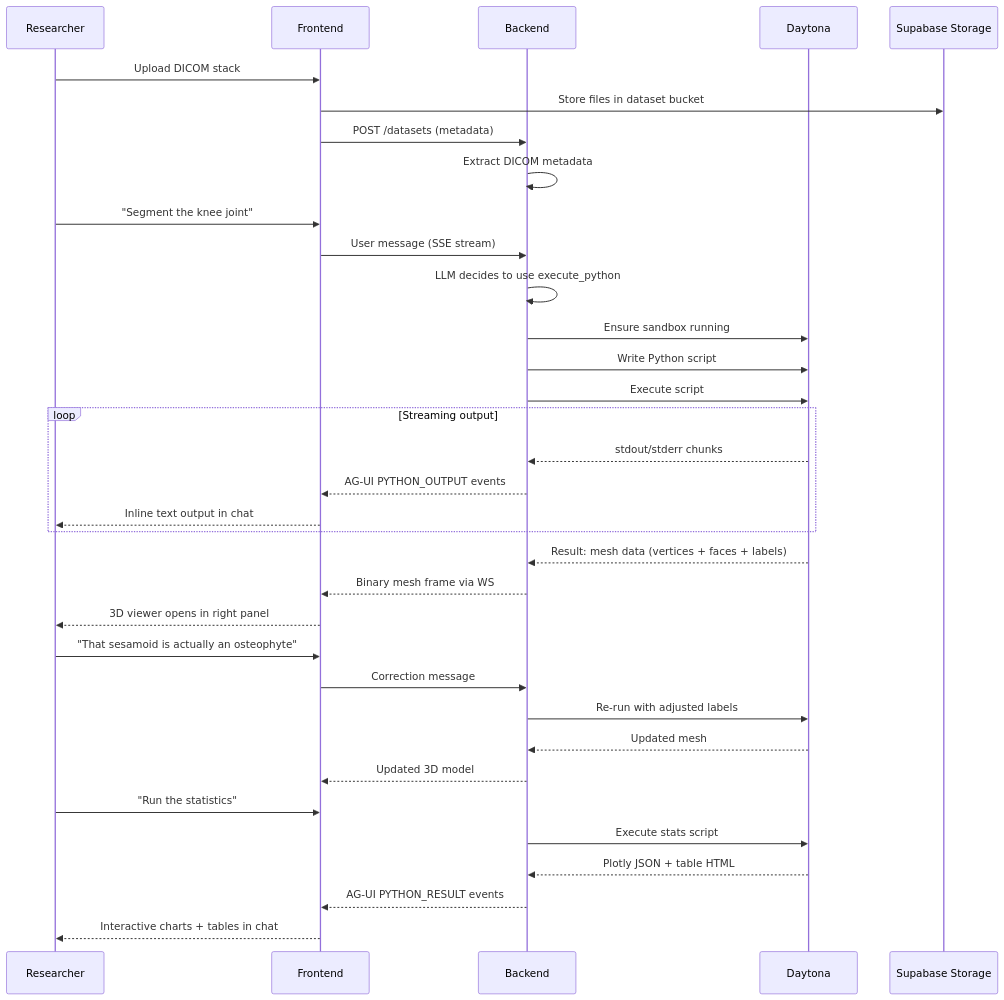
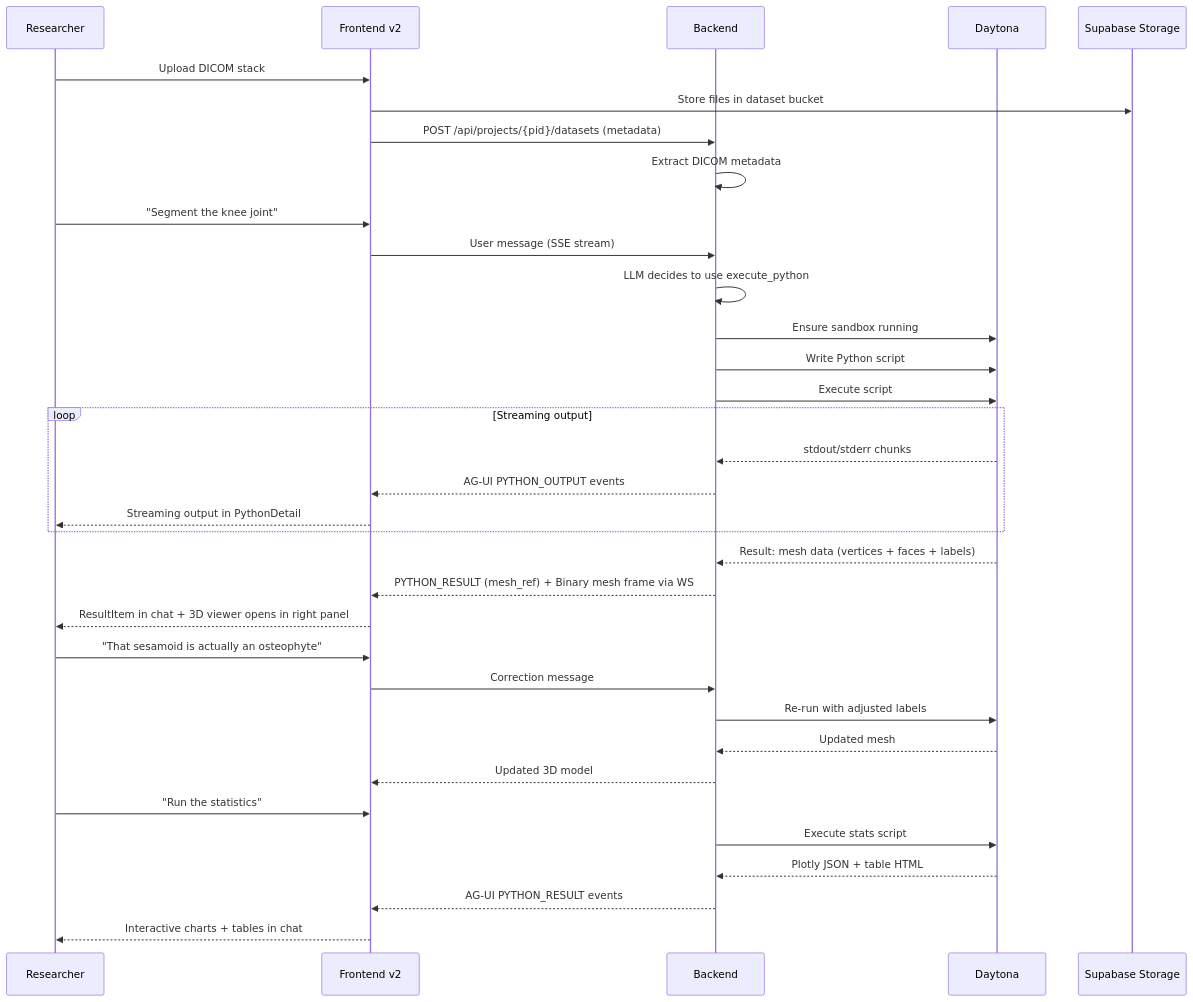
The second of 2 diagrams in .meridian/work/biomedical-mvp/design/overview.md (haowjy/meridian-flow), drawn with Mermaid before and after one commit. The commit also changed other lines of this file and 18 other files, not shown here.

````diff
--- a/.meridian/work/biomedical-mvp/design/overview.md
+++ b/.meridian/work/biomedical-mvp/design/overview.md
@@ -88,42 +99,42 @@
 ```mermaid
 sequenceDiagram
     participant R as Researcher
-    participant F as Frontend
+    participant F as Frontend v2
     participant B as Backend
     participant D as Daytona
     participant S as Supabase Storage
 
     R->>F: Upload DICOM stack
     F->>S: Store files in dataset bucket
-    F->>B: POST /datasets (metadata)
+    F->>B: POST /api/projects/{pid}/datasets (metadata)
     B->>B: Extract DICOM metadata
 
     R->>F: "Segment the knee joint"
     F->>B: User message (SSE stream)
     B->>B: LLM decides to use execute_python
     B->>D: Ensure sandbox running
     B->>D: Write Python script
     B->>D: Execute script
 
     loop Streaming output
         D-->>B: stdout/stderr chunks
         B-->>F: AG-UI PYTHON_OUTPUT events
-        F-->>R: Inline text output in chat
+        F-->>R: Streaming output in PythonDetail
     end
 
     D-->>B: Result: mesh data (vertices + faces + labels)
-    B-->>F: Binary mesh frame via WS
-    F-->>R: 3D viewer opens in right panel
+    B-->>F: PYTHON_RESULT (mesh_ref) + Binary mesh frame via WS
+    F-->>R: ResultItem in chat + 3D viewer opens in right panel
 
     R->>F: "That sesamoid is actually an osteophyte"
     F->>B: Correction message
     B->>D: Re-run with adjusted labels
     D-->>B: Updated mesh
     B-->>F: Updated 3D model
 
     R->>F: "Run the statistics"
     B->>D: Execute stats script
     D-->>B: Plotly JSON + table HTML
     B-->>F: AG-UI PYTHON_RESULT events
     F-->>R: Interactive charts + tables in chat
 ```
````
